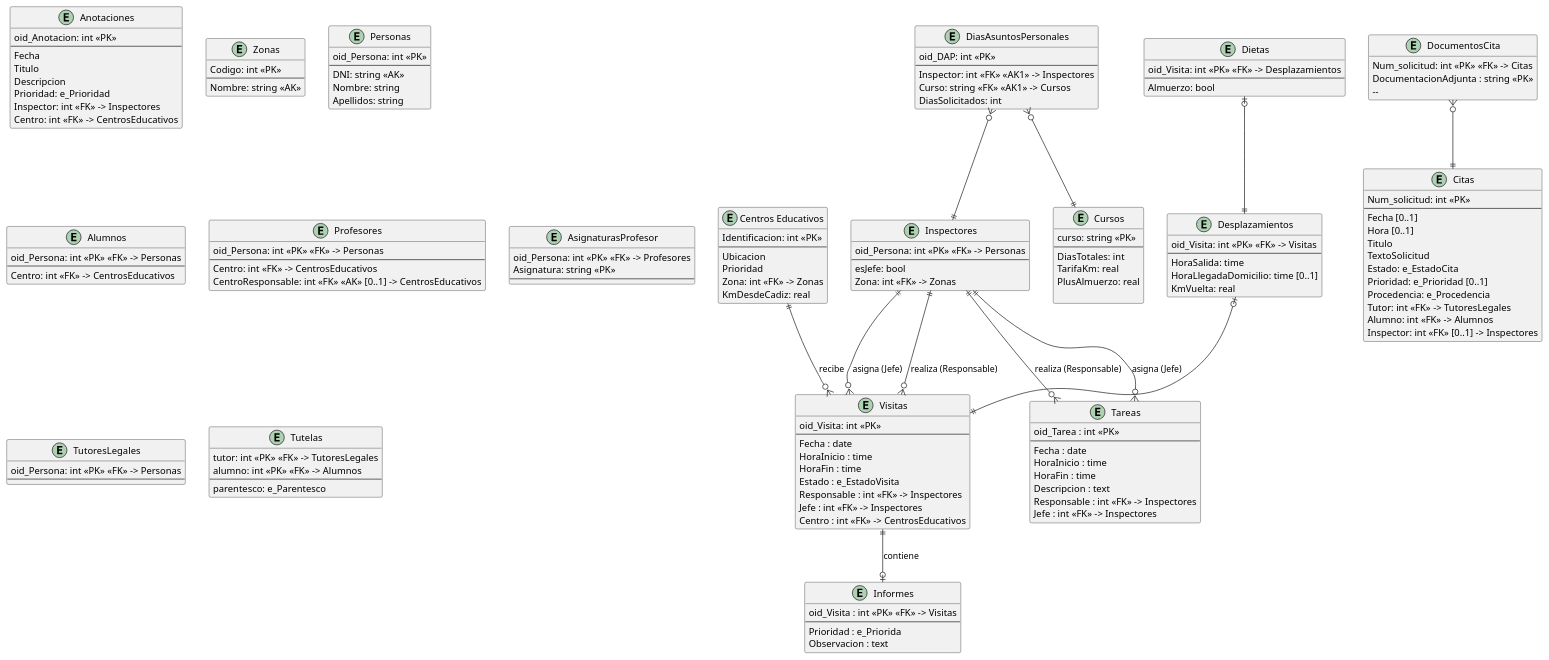
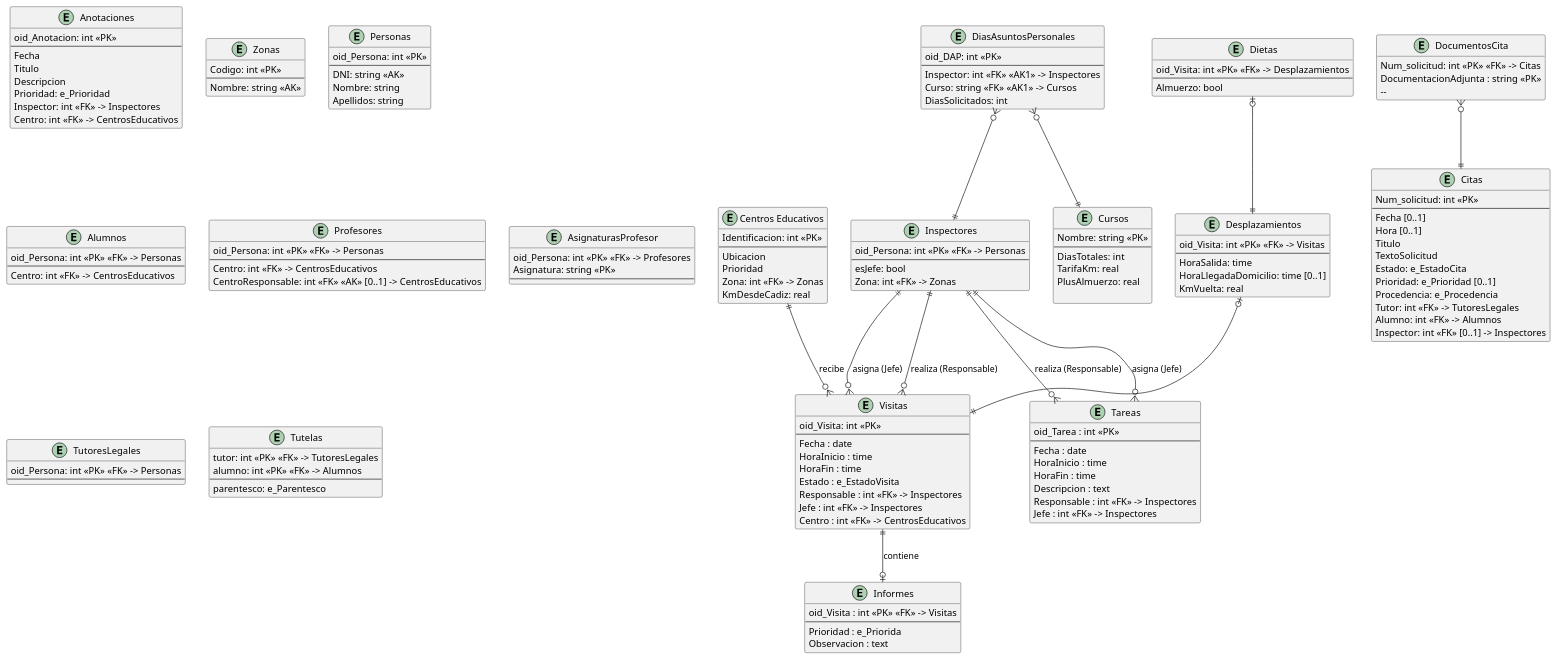
The diagram in modelado/modelado_relacional.puml (lorenzomaranon/ProyectoBD_Inspeccion_Educativa), drawn with PlantUML before and after one commit. The commit also changed 1 other file, not shown here.

Commit message:
Corrige atributos y tipos del modelo conceptual y relacional para desplazamientos, curso, dietas y centro

```diff
--- a/modelado/modelado_relacional.puml
+++ b/modelado/modelado_relacional.puml
@@ -1,176 +1,176 @@
 @startuml modelado_relacional
 hide methods
 skinparam ClassAttributeIconSize 0
 
 
 entity "Centros Educativos" as CentrosEducativos {
     Identificacion: int <<PK>>
     --
     Ubicacion
     Prioridad
     Zona: int <<FK>> -> Zonas
     KmDesdeCadiz: real
 }
 
 entity DocumentosCita {
     Num_solicitud: int <<PK>> <<FK>> -> Citas
     DocumentacionAdjunta : string <<PK>>
     --   
 }
 
 entity Citas {
     Num_solicitud: int <<PK>> 
     --
     Fecha [0..1]
     Hora [0..1]
     Titulo
     TextoSolicitud
     Estado: e_EstadoCita
     Prioridad: e_Prioridad [0..1]
     Procedencia: e_Procedencia
     Tutor: int <<FK>> -> TutoresLegales
     Alumno: int <<FK>> -> Alumnos
     Inspector: int <<FK>> [0..1] -> Inspectores
 }
 
 entity Anotaciones {
     oid_Anotacion: int <<PK>>
     --
     Fecha
     Titulo
     Descripcion
     Prioridad: e_Prioridad
     Inspector: int <<FK>> -> Inspectores
     Centro: int <<FK>> -> CentrosEducativos
 }
 
 entity Visitas {
     oid_Visita: int <<PK>>
     --
     Fecha : date
     HoraInicio : time
     HoraFin : time
     Estado : e_EstadoVisita
     Responsable : int <<FK>> -> Inspectores
     Jefe : int <<FK>> -> Inspectores
     Centro : int <<FK>> -> CentrosEducativos
 }
 
 entity Informes {
     oid_Visita : int <<PK>> <<FK>> -> Visitas
     --
     Prioridad : e_Priorida
     Observacion : text
 }
 
 entity Tareas {
     oid_Tarea : int <<PK>>
     --
     Fecha : date
     HoraInicio : time
     HoraFin : time
     Descripcion : text
     Responsable : int <<FK>> -> Inspectores
     Jefe : int <<FK>> -> Inspectores
 }
 
 entity Zonas {
     Codigo: int <<PK>>
     --
     Nombre: string <<AK>>
 }
 
 entity Personas {
     oid_Persona: int <<PK>>
     --
     DNI: string <<AK>>
     Nombre: string
     Apellidos: string
 }
 
 entity Inspectores {
     oid_Persona: int <<PK>> <<FK>> -> Personas
     --
     esJefe: bool
     Zona: int <<FK>> -> Zonas
 }
 
 entity Alumnos {
     oid_Persona: int <<PK>> <<FK>> -> Personas
     --
     Centro: int <<FK>> -> CentrosEducativos
 }
 
 entity Profesores {
     oid_Persona: int <<PK>> <<FK>> -> Personas
     --
     Centro: int <<FK>> -> CentrosEducativos
     CentroResponsable: int <<FK>> <<AK>> [0..1] -> CentrosEducativos
 }
 
 entity AsignaturasProfesor {
     oid_Persona: int <<PK>> <<FK>> -> Profesores
     Asignatura: string <<PK>>
     --
 }
 
 entity TutoresLegales {
     oid_Persona: int <<PK>> <<FK>> -> Personas
     --
 }
 
 entity Tutelas {
     tutor: int <<PK>> <<FK>> -> TutoresLegales
     alumno: int <<PK>> <<FK>> -> Alumnos
     --
     parentesco: e_Parentesco
 }
 
 Inspectores ||--o{ Visitas : realiza (Responsable)
 Inspectores ||--o{ Visitas : asigna (Jefe)
 Inspectores ||--o{ Tareas : realiza (Responsable)
 Inspectores ||--o{ Tareas : asigna (Jefe)
 CentrosEducativos ||--o{ Visitas : recibe
 Visitas ||--o| Informes : contiene
 
 entity Desplazamientos {
     oid_Visita: int <<PK>> <<FK>> -> Visitas
     --
     HoraSalida: time
     HoraLlegadaDomicilio: time [0..1]
     KmVuelta: real
 }
 
 entity Dietas {
     oid_Visita: int <<PK>> <<FK>> -> Desplazamientos
     --
     Almuerzo: bool
 }
 
 Desplazamientos |o--||Visitas
 Dietas |o--||Desplazamientos
 
 entity DiasAsuntosPersonales {
     oid_DAP: int <<PK>>
     --
     Inspector: int <<FK>> <<AK1>> -> Inspectores
     Curso: string <<FK>> <<AK1>> -> Cursos
     DiasSolicitados: int
 }
 
 entity Cursos {
-    curso: string <<PK>>
+    Nombre: string <<PK>>
     --
     DiasTotales: int
     TarifaKm: real
     PlusAlmuerzo: real
 
 }
 
 DiasAsuntosPersonales }o--||Cursos
 DiasAsuntosPersonales }o--||Inspectores
 
 '------- ASOCIACIONES --------------------------------------
 DocumentosCita }o--|| Citas
 
 @enduml
```
